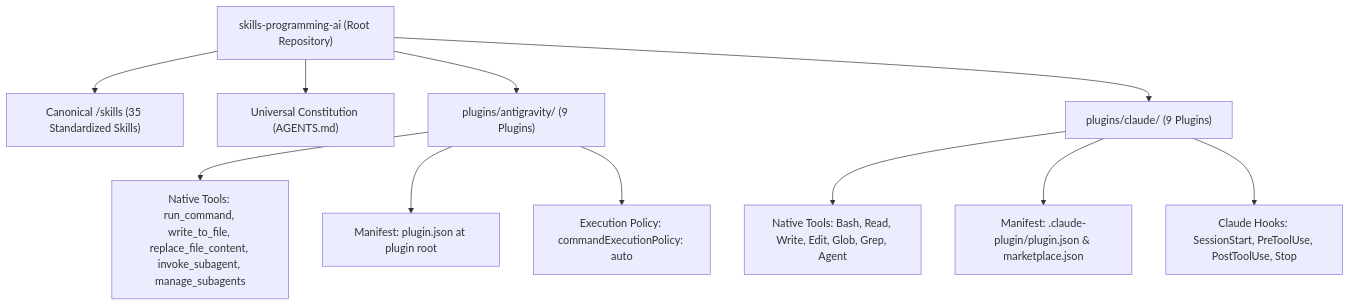
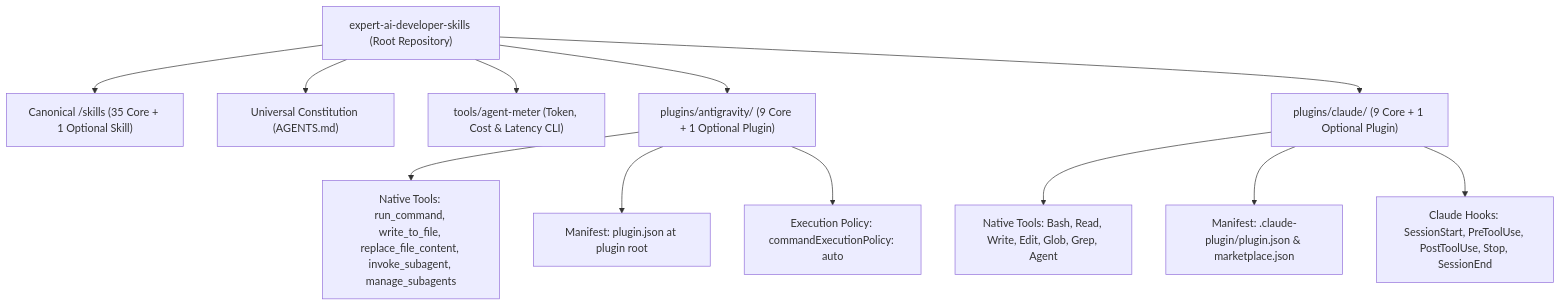
Before and after one commit to jggomez/expert-ai-developer-skills: the first of 2 diagrams in README.md, drawn with Mermaid. The commit also changed other lines of this file and 19 other files, not shown here.

Commit message:
docs(readme): fix mermaid syntax, broken relative links, and plugin guides

````diff
--- a/README.md
+++ b/README.md
@@ -19,17 +19,18 @@
 ```mermaid
 flowchart TD
-    ROOT["skills-programming-ai (Root Repository)"]
-    ROOT --> CANONICAL["Canonical /skills (35 Standardized Skills)"]
+    ROOT["expert-ai-developer-skills (Root Repository)"]
+    ROOT --> CANONICAL["Canonical /skills (35 Core + 1 Optional Skill)"]
     ROOT --> CONST["Universal Constitution (AGENTS.md)"]
+    ROOT --> METER["tools/agent-meter (Token, Cost & Latency CLI)"]
 
-    ROOT --> AGY["plugins/antigravity/ (9 Plugins)"]
-    ROOT --> CLAUDE["plugins/claude/ (9 Plugins)"]
+    ROOT --> AGY["plugins/antigravity/ (9 Core + 1 Optional Plugin)"]
+    ROOT --> CLAUDE["plugins/claude/ (9 Core + 1 Optional Plugin)"]
 
     AGY --> AGY_TOOLS["Native Tools: run_command, write_to_file, replace_file_content, invoke_subagent, manage_subagents"]
     AGY --> AGY_MANIFEST["Manifest: plugin.json at plugin root"]
     AGY --> AGY_POLICY["Execution Policy: commandExecutionPolicy: auto"]
 
     CLAUDE --> CLAUDE_TOOLS["Native Tools: Bash, Read, Write, Edit, Glob, Grep, Agent"]
     CLAUDE --> CLAUDE_MANIFEST["Manifest: .claude-plugin/plugin.json & marketplace.json"]
-    CLAUDE --> CLAUDE_HOOKS["Claude Hooks: SessionStart, PreToolUse, PostToolUse, Stop"]
+    CLAUDE --> CLAUDE_HOOKS["Claude Hooks: SessionStart, PreToolUse, PostToolUse, Stop, SessionEnd"]
 ```
````
